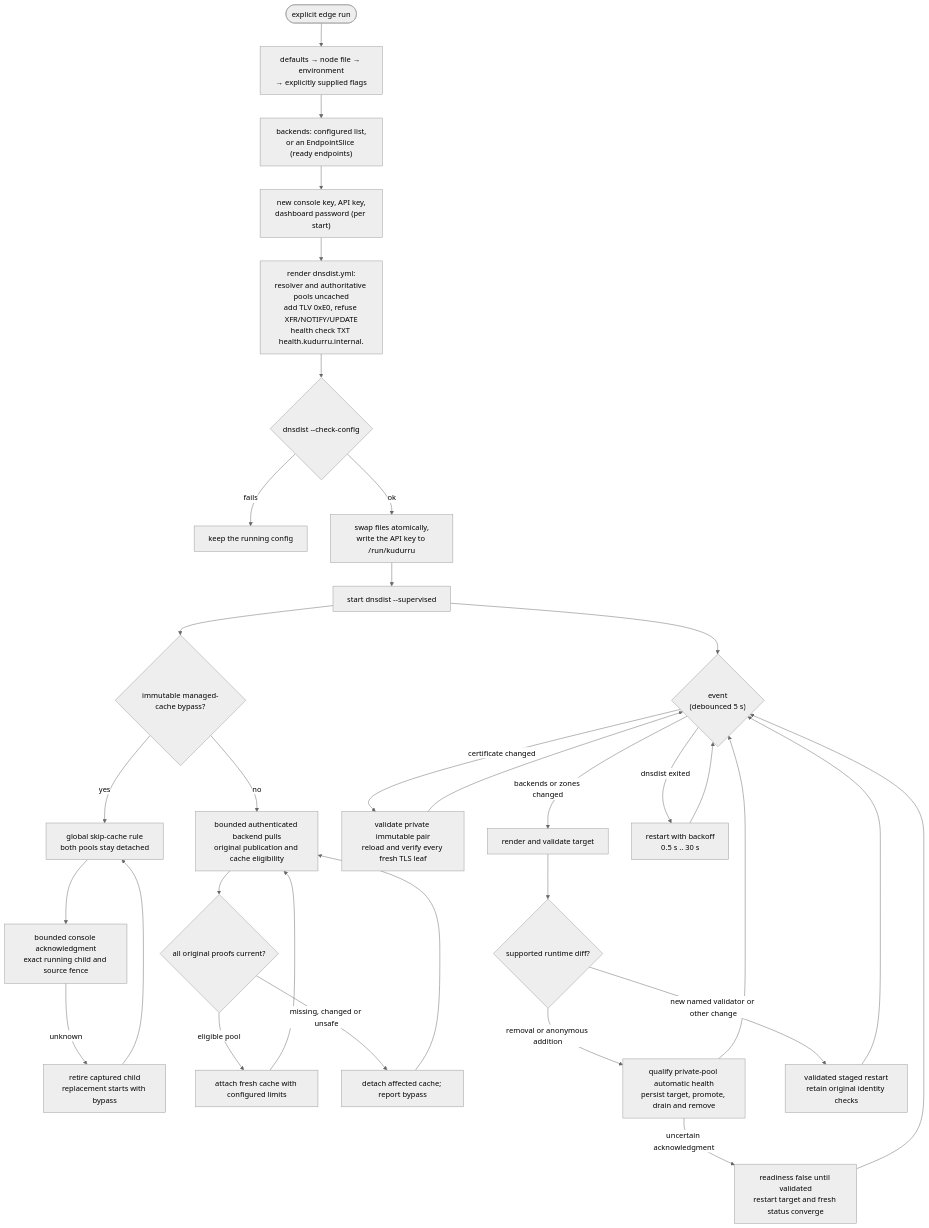
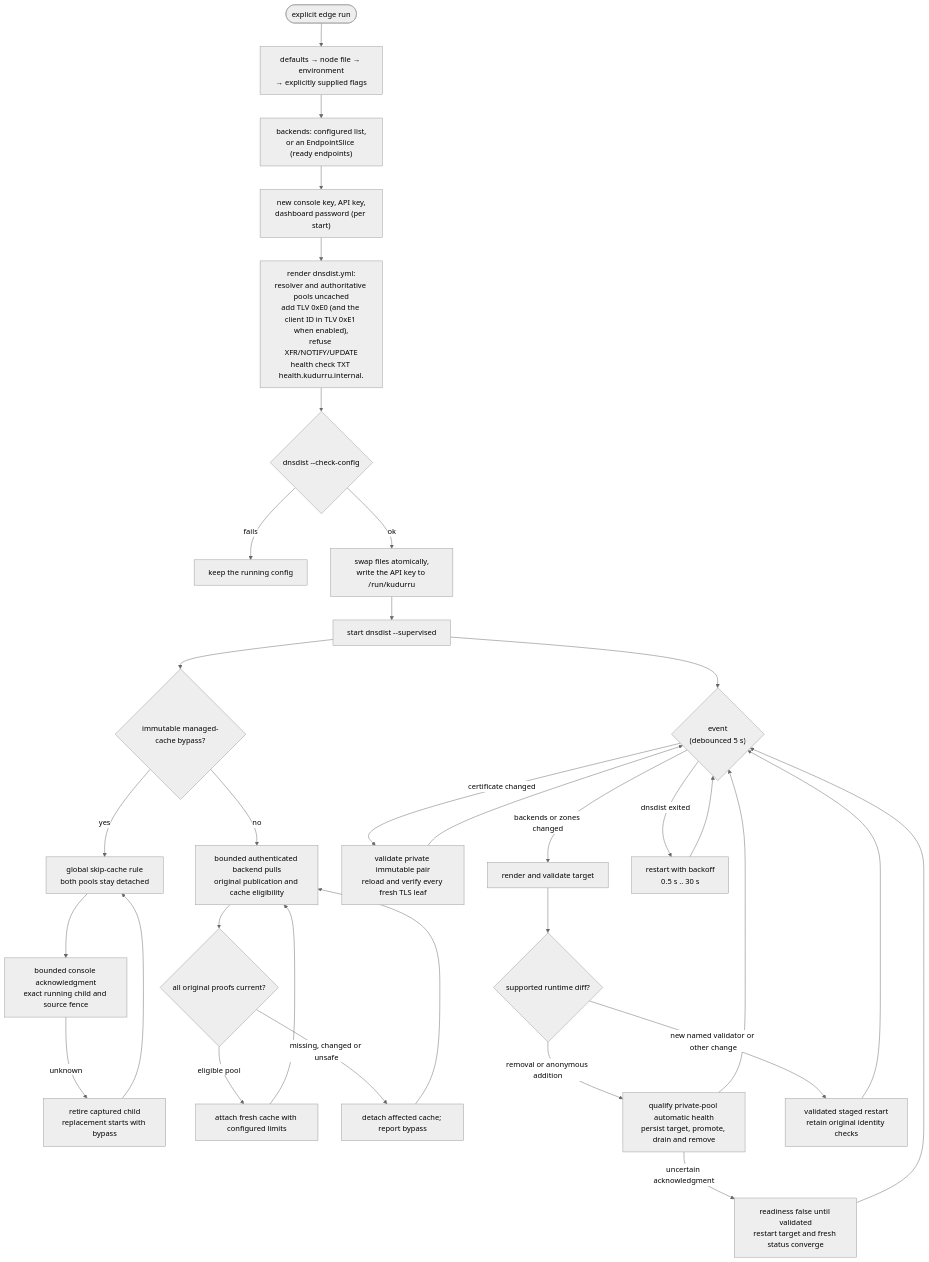
Before and after one commit to robertherbaugh/kudurru: the first of 5 diagrams in docs/architecture/deployment.md, drawn with Mermaid (neutral theme). The commit also changed 3 other files, not shown here.

First line of the commit message:
docs(identity): describe client IDs through the dnsdist edge

````diff
--- a/docs/architecture/deployment.md
+++ b/docs/architecture/deployment.md
@@ -141,35 +141,35 @@
 ```mermaid
 flowchart TD
     START(["explicit edge run"]) --> HOST["defaults → node file → environment<br/>→ explicitly supplied flags"]
     HOST --> MEM["backends: configured list,<br/>or an EndpointSlice (ready endpoints)"]
     MEM --> CRED["new console key, API key,<br/>dashboard password (per start)"]
-    CRED --> REN["render dnsdist.yml:<br/>resolver and authoritative pools uncached<br/>add TLV 0xE0, refuse XFR/NOTIFY/UPDATE<br/>health check TXT health.kudurru.internal."]
+    CRED --> REN["render dnsdist.yml:<br/>resolver and authoritative pools uncached<br/>add TLV 0xE0 (and the client ID in TLV 0xE1 when enabled),<br/>refuse XFR/NOTIFY/UPDATE<br/>health check TXT health.kudurru.internal."]
     REN --> CHK{"dnsdist --check-config"}
     CHK -- "fails" --> KEEP["keep the running config"]
     CHK -- "ok" --> SWAP["swap files atomically,<br/>write the API key to /run/kudurru"]
     SWAP --> EXEC["start dnsdist --supervised"]
     EXEC --> LOOP{"event<br/>(debounced 5 s)"}
     EXEC --> MODE{"immutable managed-cache bypass?"}
     MODE -- "no" --> PULL["bounded authenticated backend pulls<br/>original publication and cache eligibility"]
     MODE -- "yes" --> FIXED["global skip-cache rule<br/>both pools stay detached"]
     FIXED --> ACK["bounded console acknowledgment<br/>exact running child and source fence"]
     ACK -- "unknown" --> RETIRE["retire captured child<br/>replacement starts with bypass"]
     RETIRE --> FIXED
     PULL --> CACHE{"all original proofs current?"}
     CACHE -- "eligible pool" --> FRESH["attach fresh cache with configured limits"]
     CACHE -- "missing, changed or unsafe" --> BYPASS["detach affected cache; report bypass"]
     FRESH --> PULL
     BYPASS --> PULL
     LOOP -- "certificate changed" --> TLS["validate private immutable pair<br/>reload and verify every fresh TLS leaf"]
     TLS --> LOOP
     LOOP -- "backends or zones changed" --> REN2["render and validate target"]
     REN2 --> DIFF{"supported runtime diff?"}
     DIFF -- "removal or anonymous addition" --> APPLY["qualify private-pool automatic health<br/>persist target, promote, drain and remove"]
     APPLY --> LOOP
     DIFF -- "new named validator or other change" --> RST["validated staged restart<br/>retain original identity checks"]
     RST --> LOOP
     APPLY -- "uncertain acknowledgment" --> RECOVER["readiness false until validated<br/>restart target and fresh status converge"]
     RECOVER --> LOOP
     LOOP -- "dnsdist exited" --> BO["restart with backoff<br/>0.5 s .. 30 s"]
     BO --> LOOP
 ```
````
